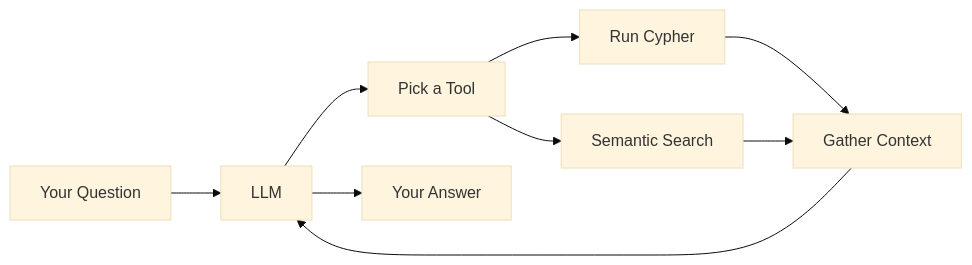
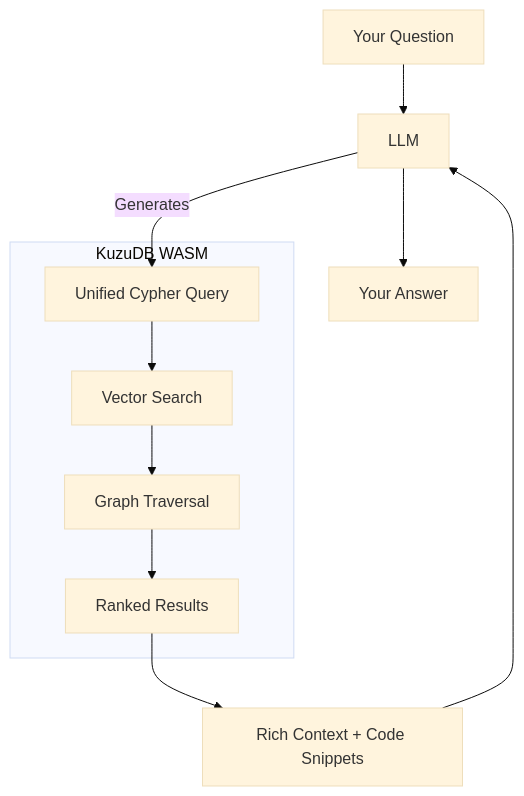
The tenth of 10 diagrams in README.md (OliverNyx/NexusAI), drawn with Mermaid (base theme) before and after one commit. The commit also changed other lines of this file and 15 other files, not shown here.

````diff
--- a/README.md
+++ b/README.md
@@ -433,11 +542,15 @@
 ```mermaid
-flowchart LR
+flowchart TD
     USER[Your Question] --> LLM[LLM]
-    LLM --> TOOLS[Pick a Tool]
-    TOOLS --> CYPHER[Run Cypher]
-    TOOLS --> SEARCH[Semantic Search]
-    CYPHER --> CONTEXT[Gather Context]
-    SEARCH --> CONTEXT
-    CONTEXT --> LLM
+    LLM --> |Generates| CYPHER[Unified Cypher Query]
+    
+    subgraph KUZU[KuzuDB WASM]
+        CYPHER --> VEC[Vector Search]
+        VEC --> GRAPH[Graph Traversal]
+        GRAPH --> RANK[Ranked Results]
+    end
+    
+    RANK --> CTX[Rich Context + Code Snippets]
+    CTX --> LLM
     LLM --> ANSWER[Your Answer]
 ```
````
